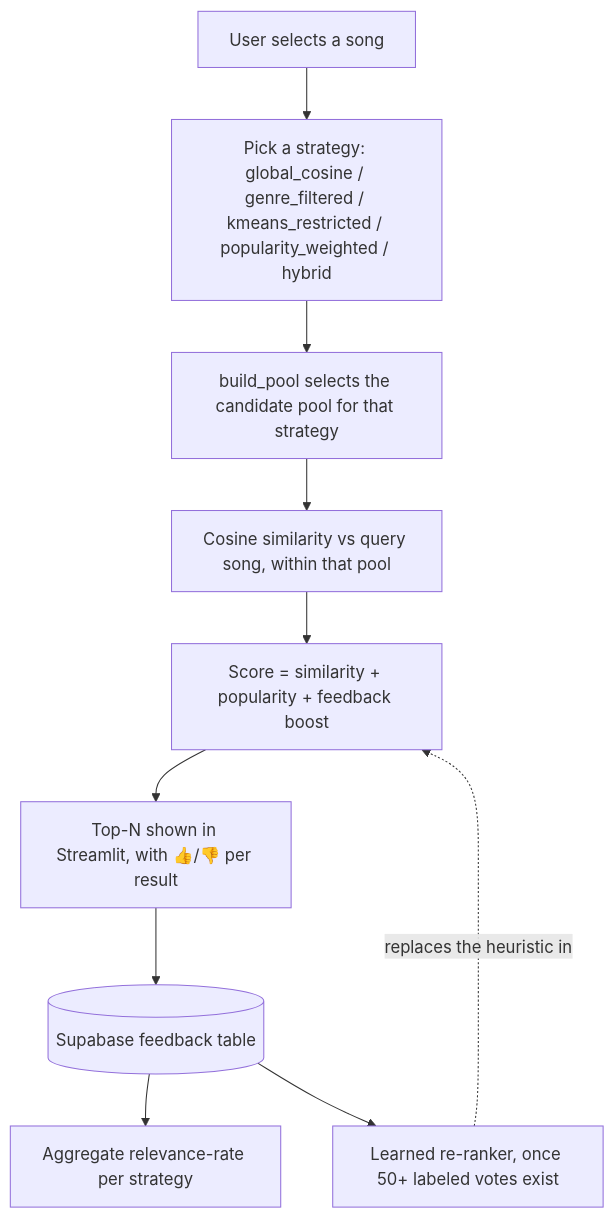
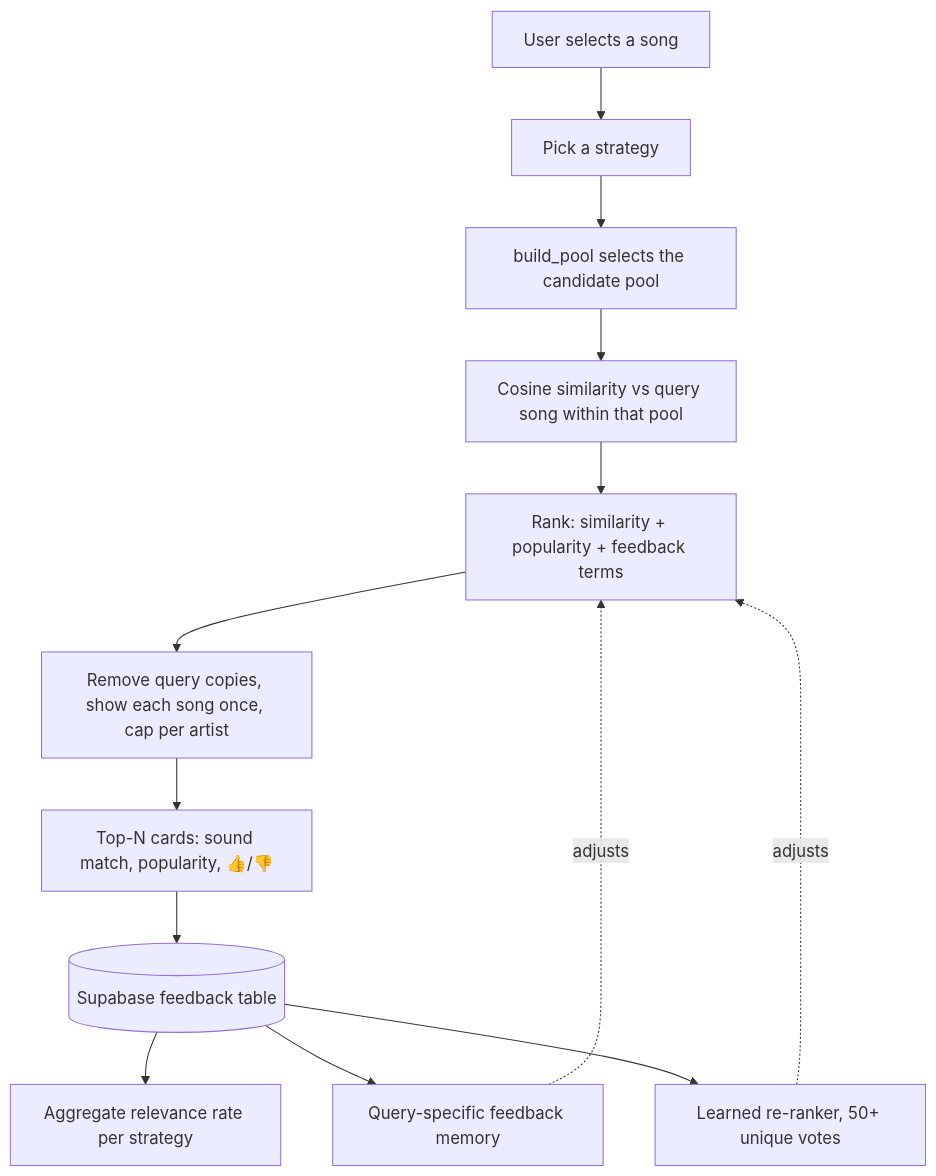
The diagram in usecase_documentation/03_solution.md (anshika-aj/music-recommendation), drawn with Mermaid before and after one commit. The commit also changed other lines of this file and 7 other files, not shown here.

````diff
--- a/usecase_documentation/03_solution.md
+++ b/usecase_documentation/03_solution.md
@@ -9,12 +9,15 @@
 ```mermaid
 flowchart TB
-    A[User selects a song] --> B[Pick a strategy: global_cosine / genre_filtered / kmeans_restricted / popularity_weighted / hybrid]
-    B --> C[build_pool selects the candidate pool for that strategy]
-    C --> D[Cosine similarity vs query song, within that pool]
-    D --> E[Score = similarity + popularity + feedback boost]
-    E --> F[Top-N shown in Streamlit, with 👍/👎 per result]
-    F --> G[(Supabase feedback table)]
-    G --> H[Aggregate relevance-rate per strategy]
-    G --> I[Learned re-ranker, once 50+ labeled votes exist]
-    I -.replaces the heuristic in.-> E
+    A[User selects a song] --> B[Pick a strategy]
+    B --> C[build_pool selects the candidate pool]
+    C --> D[Cosine similarity vs query song within that pool]
+    D --> E[Rank: similarity + popularity + feedback terms]
+    E --> F[Remove query copies, show each song once, cap per artist]
+    F --> G[Top-N cards: sound match, popularity, 👍/👎]
+    G --> H[(Supabase feedback table)]
+    H --> I[Aggregate relevance rate per strategy]
+    H --> J[Query-specific feedback memory]
+    H --> K[Learned re-ranker, 50+ unique votes]
+    J -.adjusts.-> E
+    K -.adjusts.-> E
 ```
````
